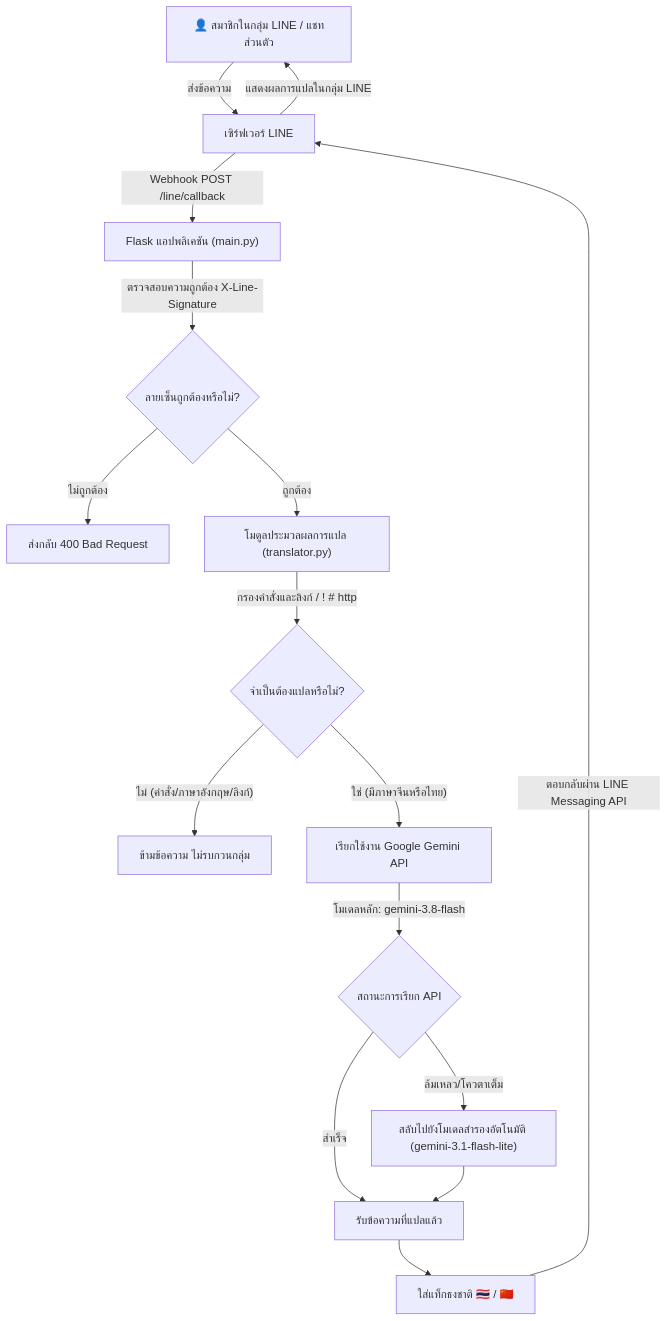
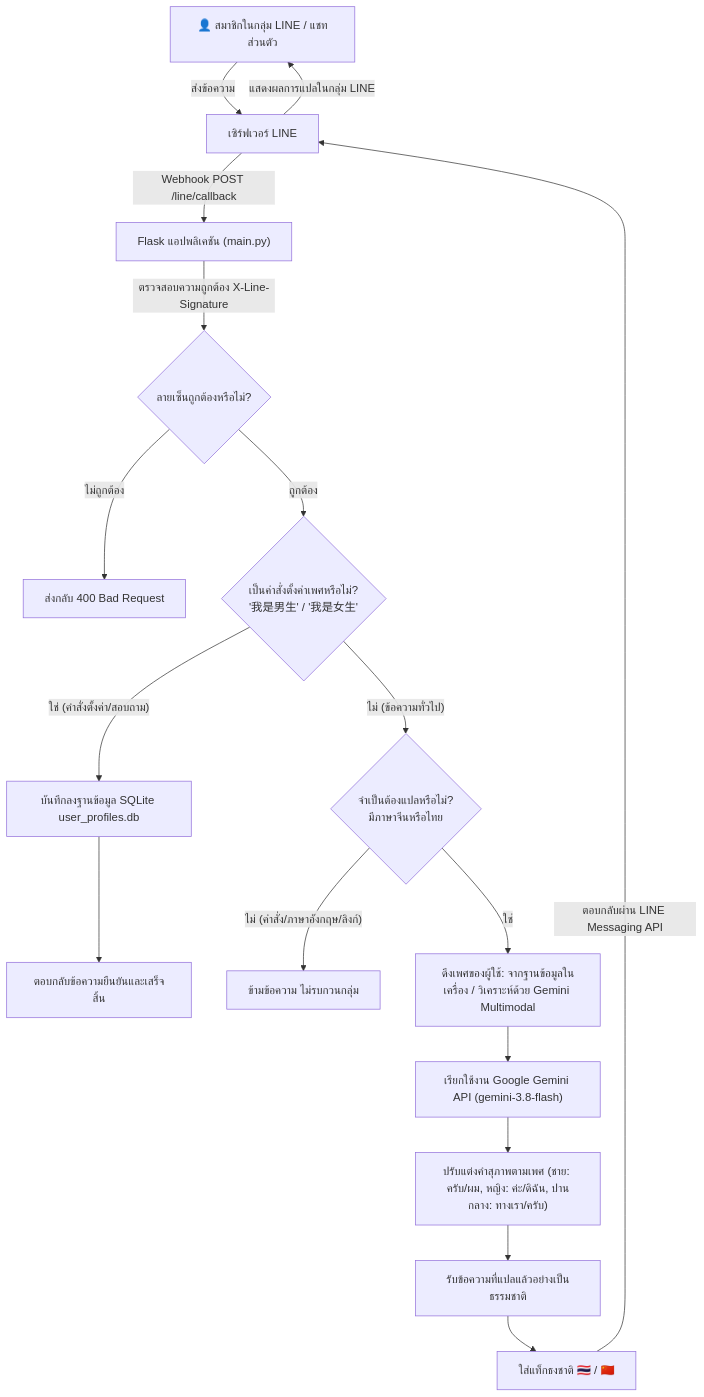
Before and after one commit to maccelectronic/macc-line-translate-bot: the diagram in README_TH.md, drawn with Mermaid. The commit also changed other lines of this file and 6 other files, not shown here.

````diff
--- a/README_TH.md
+++ b/README_TH.md
@@ -29,20 +30,22 @@
 ```mermaid
 flowchart TD
     A[👤 สมาชิกในกลุ่ม LINE / แชทส่วนตัว] -->|ส่งข้อความ| B[เซิร์ฟเวอร์ LINE]
     B -->|Webhook POST /line/callback| C["Flask แอปพลิเคชัน (main.py)"]
     C -->|ตรวจสอบความถูกต้อง X-Line-Signature| D{ลายเซ็นถูกต้องหรือไม่?}
     D -- ไม่ถูกต้อง --> E[ส่งกลับ 400 Bad Request]
-    D -- ถูกต้อง --> F["โมดูลประมวลผลการแปล (translator.py)"]
+    D -- ถูกต้อง --> F{เป็นคำสั่งตั้งค่าเพศหรือไม่?\n'我是男生' / '我是女生'}
 
-    F -->|กรองคำสั่งและลิงก์ / ! # http| G{จำเป็นต้องแปลหรือไม่?}
-    G -- ไม่ (คำสั่ง/ภาษาอังกฤษ/ลิงก์) --> H[ข้ามข้อความ ไม่รบกวนกลุ่ม]
-    G -- ใช่ (มีภาษาจีนหรือไทย) --> I["เรียกใช้งาน Google Gemini API"]
+    F -- ใช่ (คำสั่งตั้งค่า/สอบถาม) --> G[บันทึกลงฐานข้อมูล SQLite user_profiles.db]
+    G --> H[ตอบกลับข้อความยืนยันและเสร็จสิ้น]
 
-    I -->|โมเดลหลัก: gemini-3.8-flash| J{สถานะการเรียก API}
-    J -- สำเร็จ --> K[รับข้อความที่แปลแล้ว]
-    J -- ล้มเหลว/โควตาเต็ม --> L["สลับไปยังโมเดลสำรองอัตโนมัติ (gemini-3.1-flash-lite)"] --> K
+    F -- ไม่ (ข้อความทั่วไป) --> I{จำเป็นต้องแปลหรือไม่?\nมีภาษาจีนหรือไทย}
+    I -- ไม่ (คำสั่ง/ภาษาอังกฤษ/ลิงก์) --> J[ข้ามข้อความ ไม่รบกวนกลุ่ม]
+    I -- ใช่ --> K[ดึงเพศของผู้ใช้: จากฐานข้อมูลในเครื่อง / วิเคราะห์ด้วย Gemini Multimodal]
 
-    K --> M[ใส่แท็กธงชาติ 🇹🇭 / 🇨🇳]
-    M -->|ตอบกลับผ่าน LINE Messaging API| B
+    K --> L["เรียกใช้งาน Google Gemini API (gemini-3.8-flash)"]
+    L --> M["ปรับแต่งคำสุภาพตามเพศ (ชาย: ครับ/ผม, หญิง: ค่ะ/ดิฉัน, ปานกลาง: ทางเรา/ครับ)"]
+    M --> N[รับข้อความที่แปลแล้วอย่างเป็นธรรมชาติ]
+    N --> O[ใส่แท็กธงชาติ 🇹🇭 / 🇨🇳]
+    O -->|ตอบกลับผ่าน LINE Messaging API| B
     B -->|แสดงผลการแปลในกลุ่ม LINE| A
 ```
````
